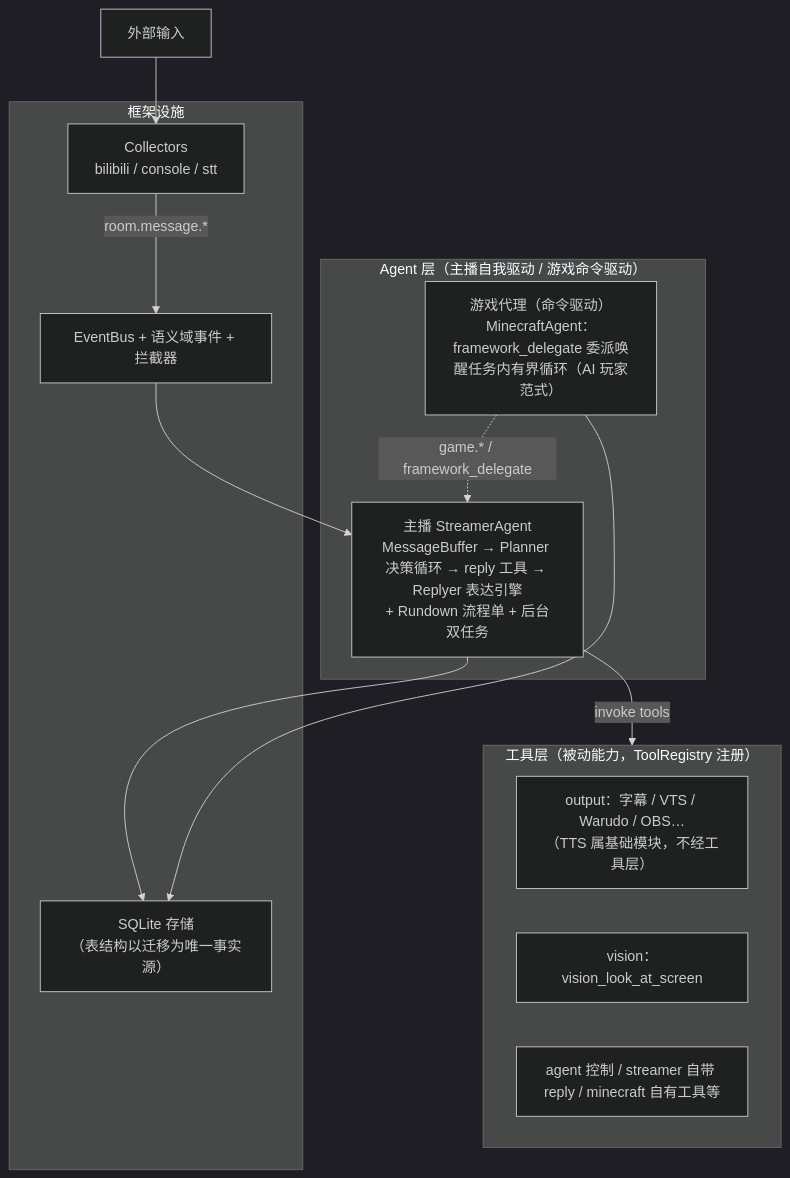
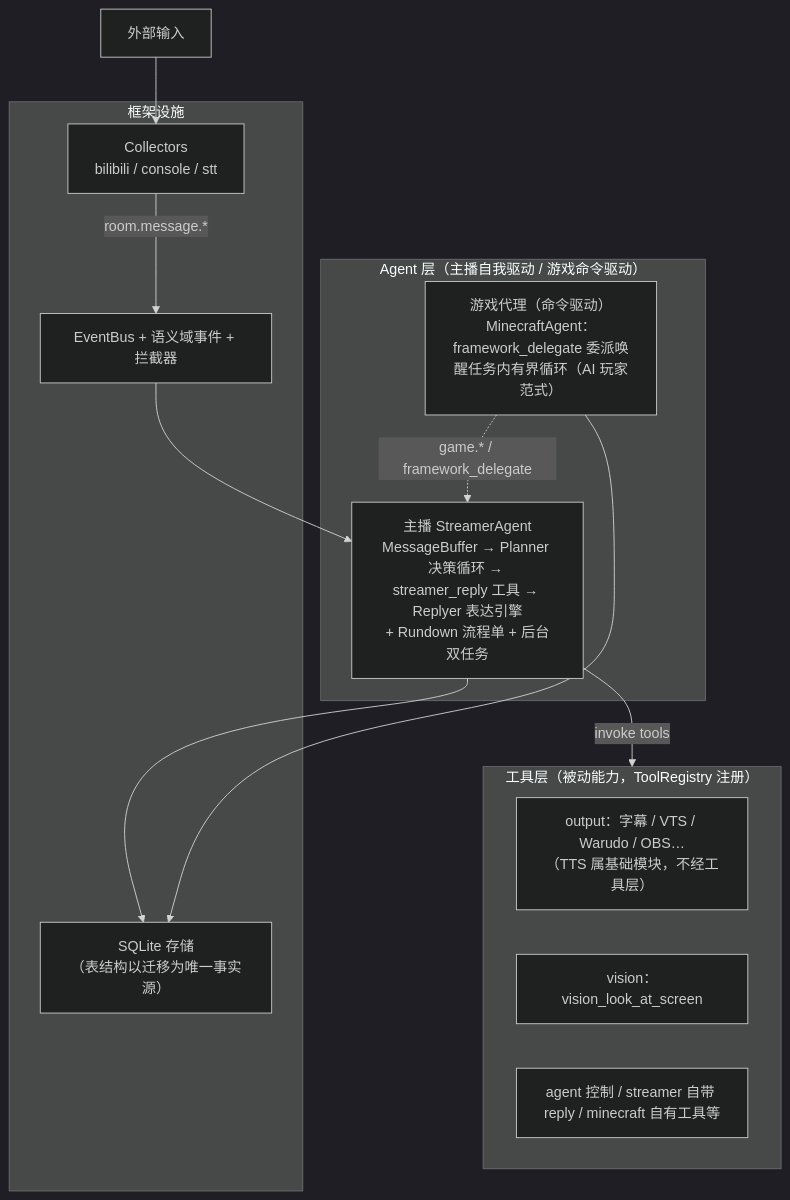
Before and after one commit to Mai-with-u/Amaidesu: the first of 3 diagrams in docs/architecture/v2-architecture.md, drawn with Mermaid (dark theme). The commit also changed other lines of this file and 29 other files, not shown here.

````diff
--- a/docs/architecture/v2-architecture.md
+++ b/docs/architecture/v2-architecture.md
@@ -84,22 +84,22 @@
 ```mermaid
 flowchart TB
     subgraph Agents["Agent 层（主播自我驱动 / 游戏命令驱动）"]
-        SA["主播 StreamerAgent<br/>MessageBuffer → Planner 决策循环 → reply 工具 → Replyer 表达引擎<br/>+ Rundown 流程单 + 后台双任务"]
+        SA["主播 StreamerAgent<br/>MessageBuffer → Planner 决策循环 → streamer_reply 工具 → Replyer 表达引擎<br/>+ Rundown 流程单 + 后台双任务"]
         GA["游戏代理（命令驱动）<br/>MinecraftAgent：framework_delegate 委派唤醒任务内有界循环（AI 玩家范式）"]
     end
     subgraph Tools["工具层（被动能力，ToolRegistry 注册）"]
         T1["output：字幕 / VTS / Warudo / OBS…<br/>（TTS 属基础模块，不经工具层）"]
         T2["vision：vision_look_at_screen"]
         T4["agent 控制 / streamer 自带 reply / minecraft 自有工具等"]
     end
     subgraph Infra["框架设施"]
         COL["Collectors<br/>bilibili / console / stt"]
         BUS["EventBus + 语义域事件 + 拦截器"]
         STO["SQLite 存储<br/>（表结构以迁移为唯一事实源）"]
     end
     EXT["外部输入"] --> COL -->|"room.message.*"| BUS
     BUS --> SA
     GA -.->|"game.* / framework_delegate"| SA
     SA -->|"invoke tools"| Tools
     SA & GA --> STO
 ```
````
